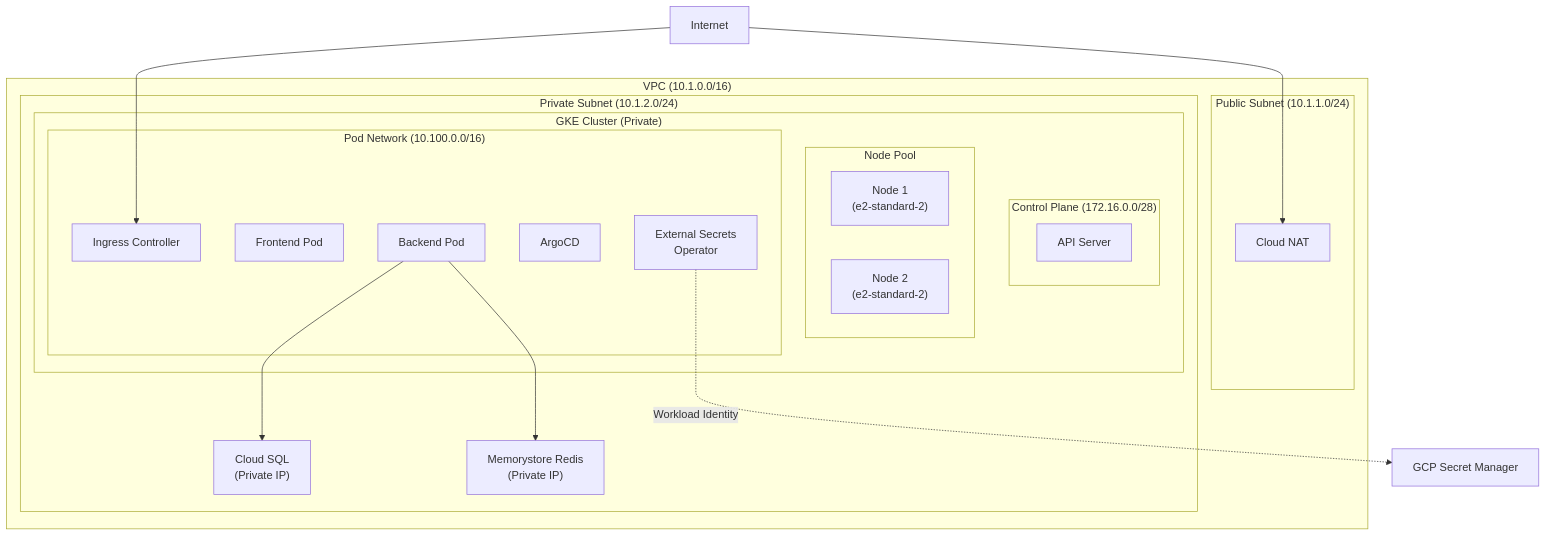
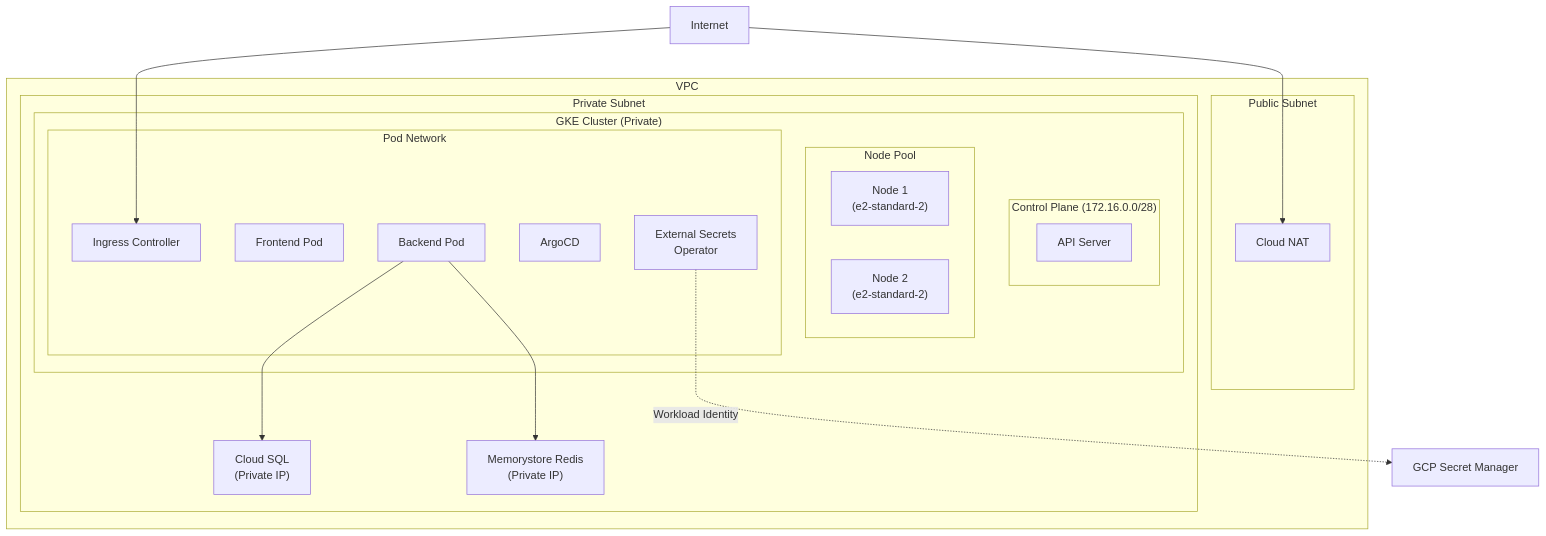
The sixth of 10 diagrams in docs/architecture/README.md (DvwN-Lee/exam-platform), drawn with Mermaid before and after one commit. The commit also changed other lines of this file and 37 other files, not shown here.

````diff
--- a/docs/architecture/README.md
+++ b/docs/architecture/README.md
@@ -485,38 +485,38 @@
 ```mermaid
 graph TB
-    subgraph VPC["VPC (10.1.0.0/16)"]
-        subgraph PublicSubnet["Public Subnet (10.1.1.0/24)"]
+    subgraph VPC["VPC"]
+        subgraph PublicSubnet["Public Subnet"]
             CloudNAT["Cloud NAT"]
         end
 
-        subgraph PrivateSubnet["Private Subnet (10.1.2.0/24)"]
+        subgraph PrivateSubnet["Private Subnet"]
             subgraph GKECluster["GKE Cluster (Private)"]
                 subgraph ControlPlane["Control Plane (172.16.0.0/28)"]
                     Master["API Server"]
                 end
 
                 subgraph NodePool["Node Pool"]
                     Node1["Node 1<br/>(e2-standard-2)"]
                     Node2["Node 2<br/>(e2-standard-2)"]
                 end
 
-                subgraph PodNetwork["Pod Network (10.100.0.0/16)"]
+                subgraph PodNetwork["Pod Network"]
                     IngressCtrl["Ingress Controller"]
                     FE["Frontend Pod"]
                     BE["Backend Pod"]
                     ArgoCD["ArgoCD"]
                     ESO["External Secrets<br/>Operator"]
                 end
             end
 
             CloudSQL["Cloud SQL<br/>(Private IP)"]
             Redis["Memorystore Redis<br/>(Private IP)"]
         end
     end
 
     Internet["Internet"] --> CloudNAT
     Internet --> IngressCtrl
     BE --> CloudSQL
     BE --> Redis
     ESO -.->|Workload Identity| SecretMgr["GCP Secret Manager"]
 ```
````
